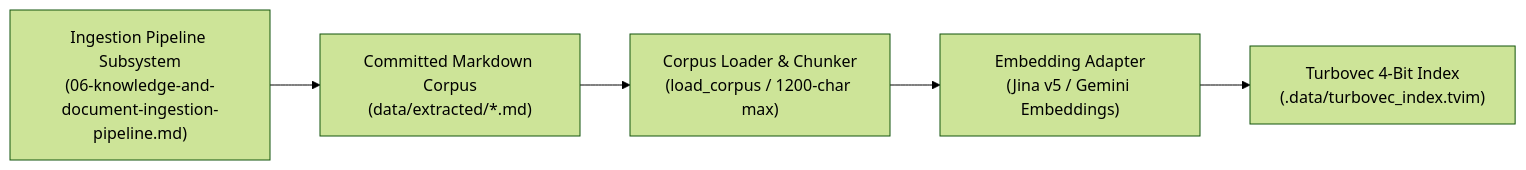
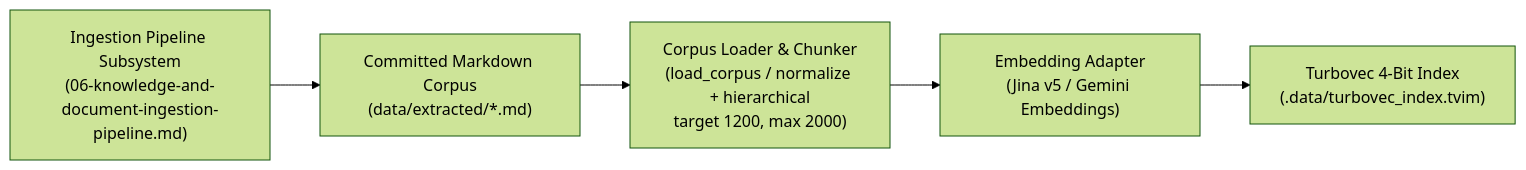
The first of 2 diagrams in docs/architectures/current-architectures/05-rag-architecture.md (MathematicGuy/EMAIL-AGENT-v1), drawn with Mermaid (forest theme) before and after one commit. The commit also changed other lines of this file and 23 other files, not shown here.

````diff
--- a/docs/architectures/current-architectures/05-rag-architecture.md
+++ b/docs/architectures/current-architectures/05-rag-architecture.md
@@ -32,8 +32,8 @@
 ```mermaid
 flowchart LR
     INGEST["Ingestion Pipeline Subsystem<br/>(06-knowledge-and-document-ingestion-pipeline.md)"] --> MD["Committed Markdown Corpus<br/>(data/extracted/*.md)"]
-    MD --> LOADER["Corpus Loader & Chunker<br/>(load_corpus / 1200-char max)"]
+    MD --> LOADER["Corpus Loader & Chunker<br/>(load_corpus / normalize + hierarchical<br/>target 1200, max 2000)"]
     LOADER --> EMBED["Embedding Adapter<br/>(Jina v5 / Gemini Embeddings)"]
     
     EMBED --> STORE_TURBO["Turbovec 4-Bit Index<br/>(.data/turbovec_index.tvim)"]
 ```
````
